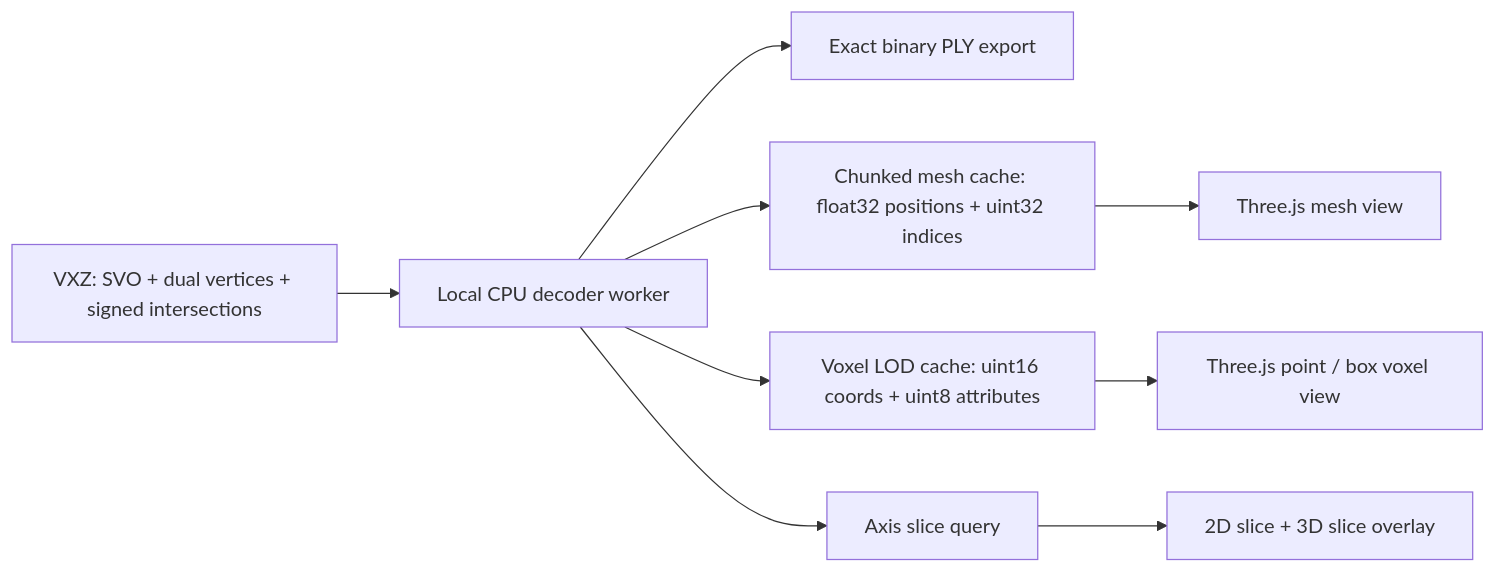
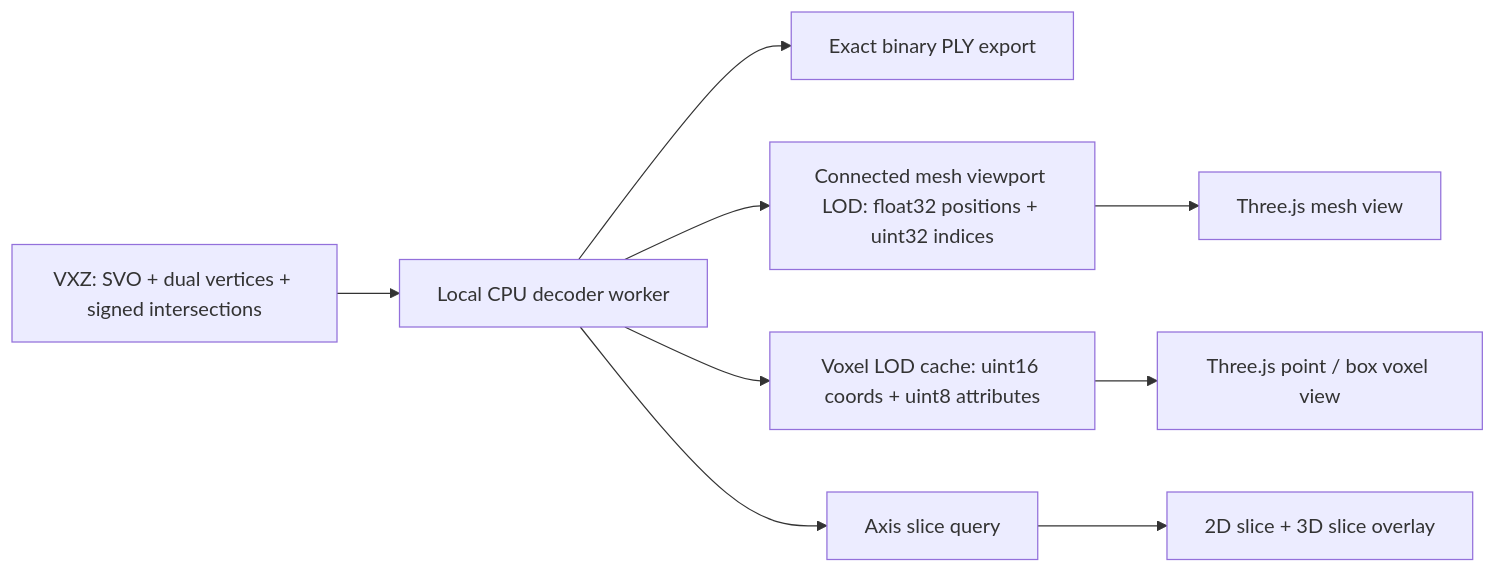
The diagram in VXZ_VISUALIZATION.md (lizd-server/3dview), drawn with Mermaid before and after one commit. The commit also changed other lines of this file and 9 other files, not shown here.

````diff
--- a/VXZ_VISUALIZATION.md
+++ b/VXZ_VISUALIZATION.md
@@ -9,11 +9,11 @@
 ```mermaid
 flowchart LR
     A["VXZ: SVO + dual vertices + signed intersections"] --> B["Local CPU decoder worker"]
     B --> C["Exact binary PLY export"]
-    B --> D["Chunked mesh cache: float32 positions + uint32 indices"]
+    B --> D["Connected mesh viewport LOD: float32 positions + uint32 indices"]
     B --> E["Voxel LOD cache: uint16 coords + uint8 attributes"]
     B --> F["Axis slice query"]
     D --> G["Three.js mesh view"]
     E --> H["Three.js point / box voxel view"]
     F --> I["2D slice + 3D slice overlay"]
 ```
````
